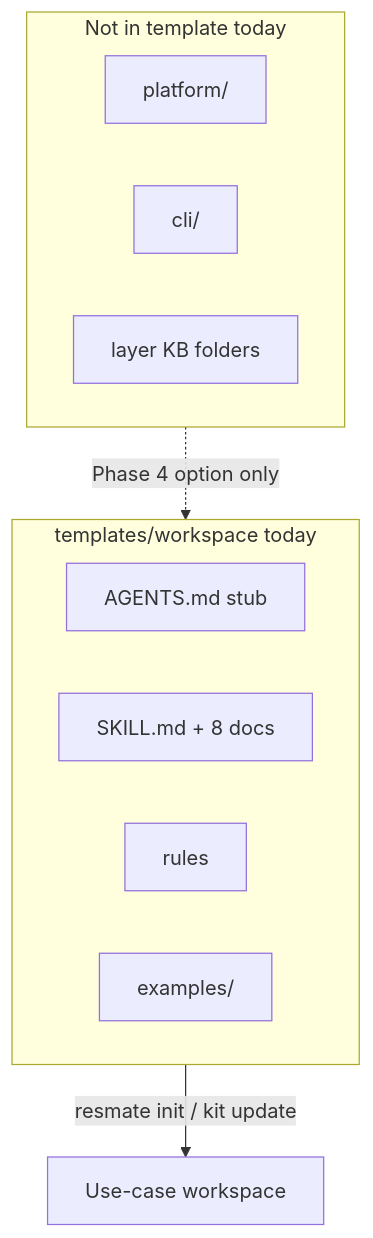
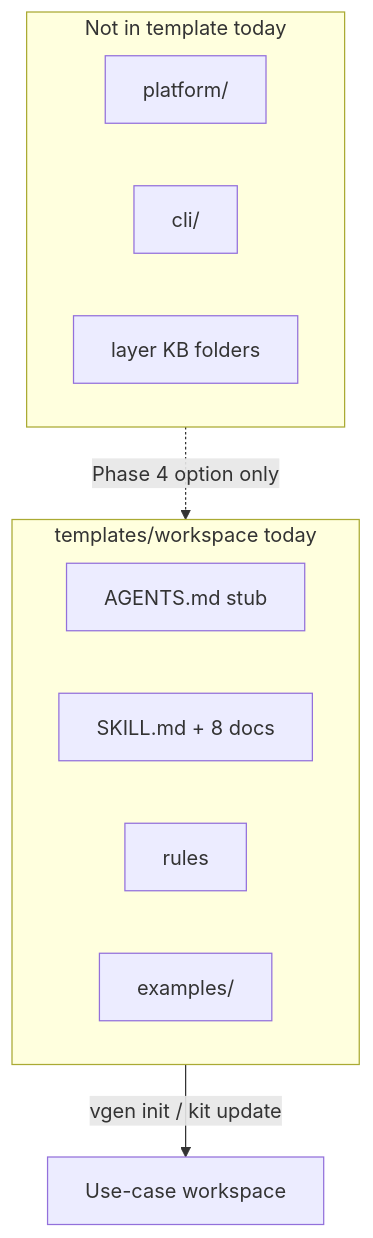
Before and after one commit to battikerigayathri/vgen-cli: the first of 4 diagrams in docs/INIT-AUTHORING-KIT-GAPS-PLAN.md, drawn with Mermaid. The commit also changed other lines of this file and 120 other files, not shown here.

Commit message:
changed every occurence of resmate/RESMATE with vgen/VGEN

````diff
--- a/docs/INIT-AUTHORING-KIT-GAPS-PLAN.md
+++ b/docs/INIT-AUTHORING-KIT-GAPS-PLAN.md
@@ -43,16 +43,16 @@
 ```mermaid
 flowchart TB
   subgraph ships["templates/workspace today"]
     A[AGENTS.md stub]
     B[SKILL.md + 8 docs]
     C[rules]
     D[examples/]
   end
   subgraph notShipped["Not in template today"]
     E[platform/]
     F[cli/]
     G[layer KB folders]
   end
-  ships -->|resmate init / kit update| WS[Use-case workspace]
+  ships -->|vgen init / kit update| WS[Use-case workspace]
   notShipped -.->|Phase 4 option only| ships
 ```
````
